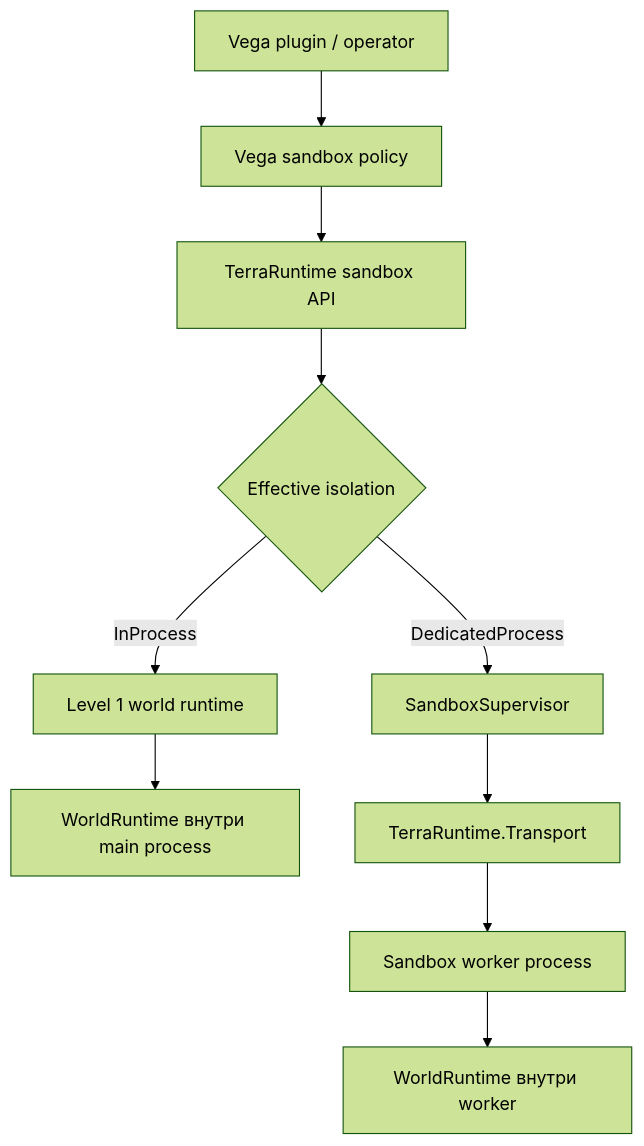
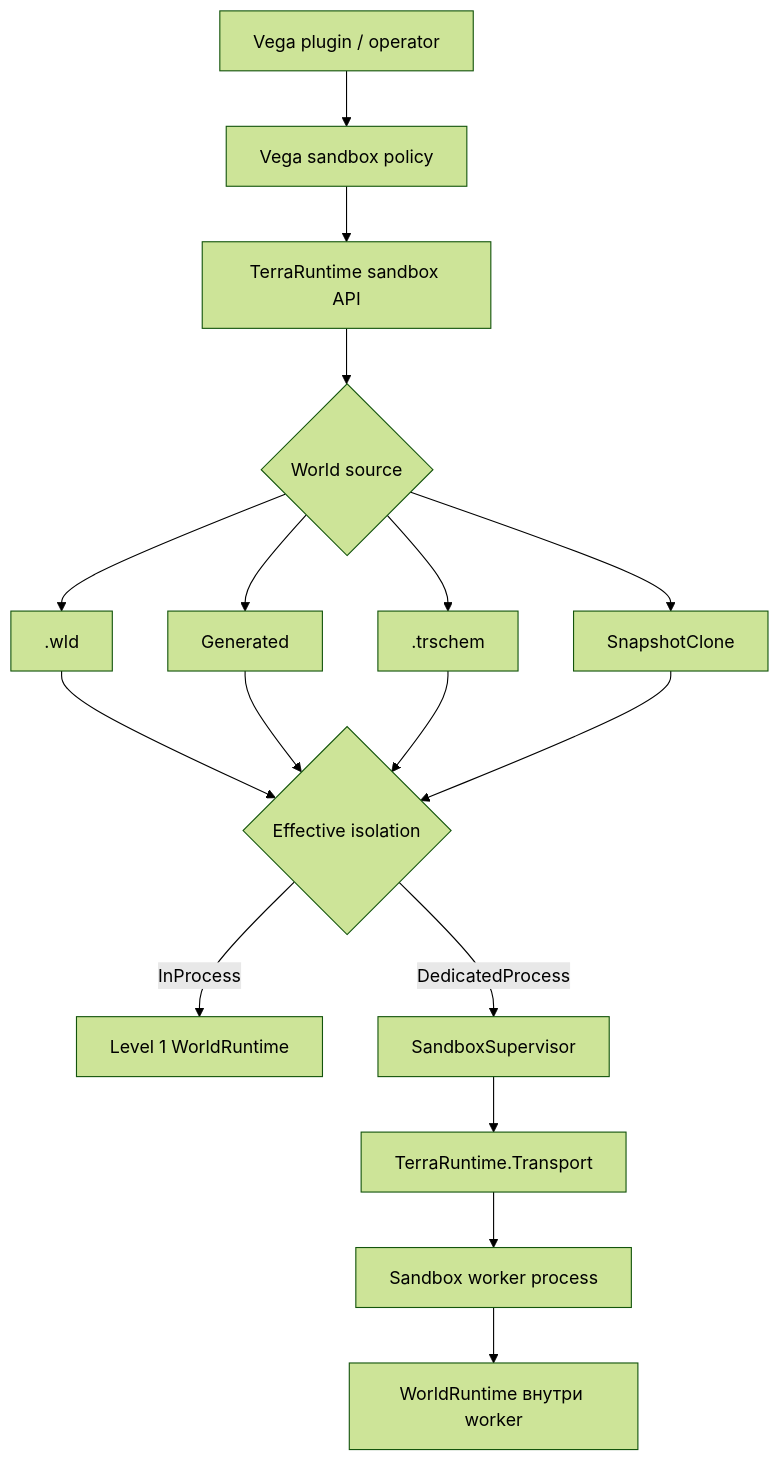
Before and after one commit to VegaKernel/TerraRuntime: the first of 2 diagrams in docs/ru/sandbox/README.md, drawn with Mermaid (forest theme). The commit also changed other lines of this file and 7 other files, not shown here.

First line of the commit message:
Define shared sandbox world sources and schematic format

````diff
--- a/docs/ru/sandbox/README.md
+++ b/docs/ru/sandbox/README.md
@@ -11,12 +11,19 @@
 ```mermaid
 flowchart TD
     Plugin["Vega plugin / operator"] --> Vega["Vega sandbox policy"]
     Vega --> Host["TerraRuntime sandbox API"]
-    Host --> Choice{"Effective isolation"}
-    Choice -->|InProcess| L1["Level 1 world runtime"]
+    Host --> Source{"World source"}
+    Source --> File[".wld"]
+    Source --> Generated["Generated"]
+    Source --> Schematic[".trschem"]
+    Source --> Clone["SnapshotClone"]
+    File --> Choice{"Effective isolation"}
+    Generated --> Choice
+    Schematic --> Choice
+    Clone --> Choice
+    Choice -->|InProcess| L1["Level 1 WorldRuntime"]
     Choice -->|DedicatedProcess| Supervisor["SandboxSupervisor"]
-    L1 --> MainRuntime["WorldRuntime внутри main process"]
     Supervisor --> Control["TerraRuntime.Transport"]
     Control --> Worker["Sandbox worker process"]
     Worker --> WorkerRuntime["WorldRuntime внутри worker"]
 ```
````
